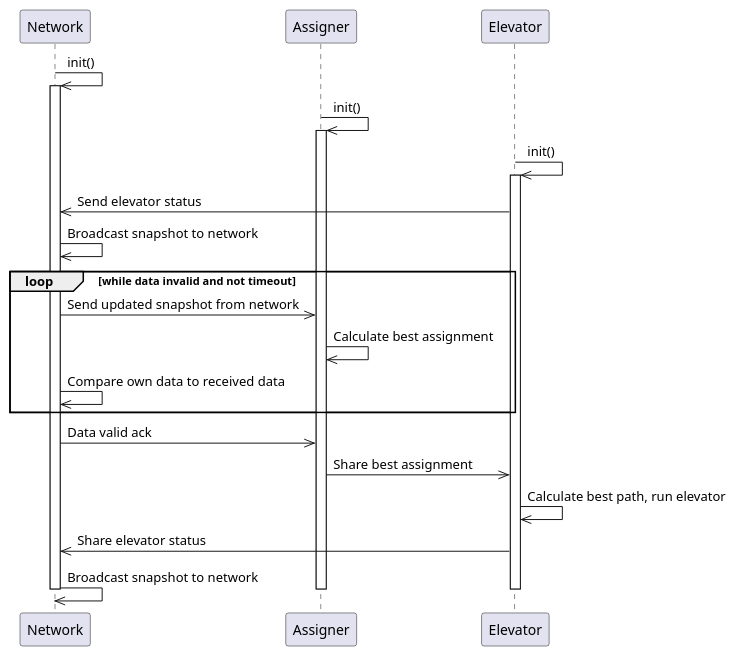
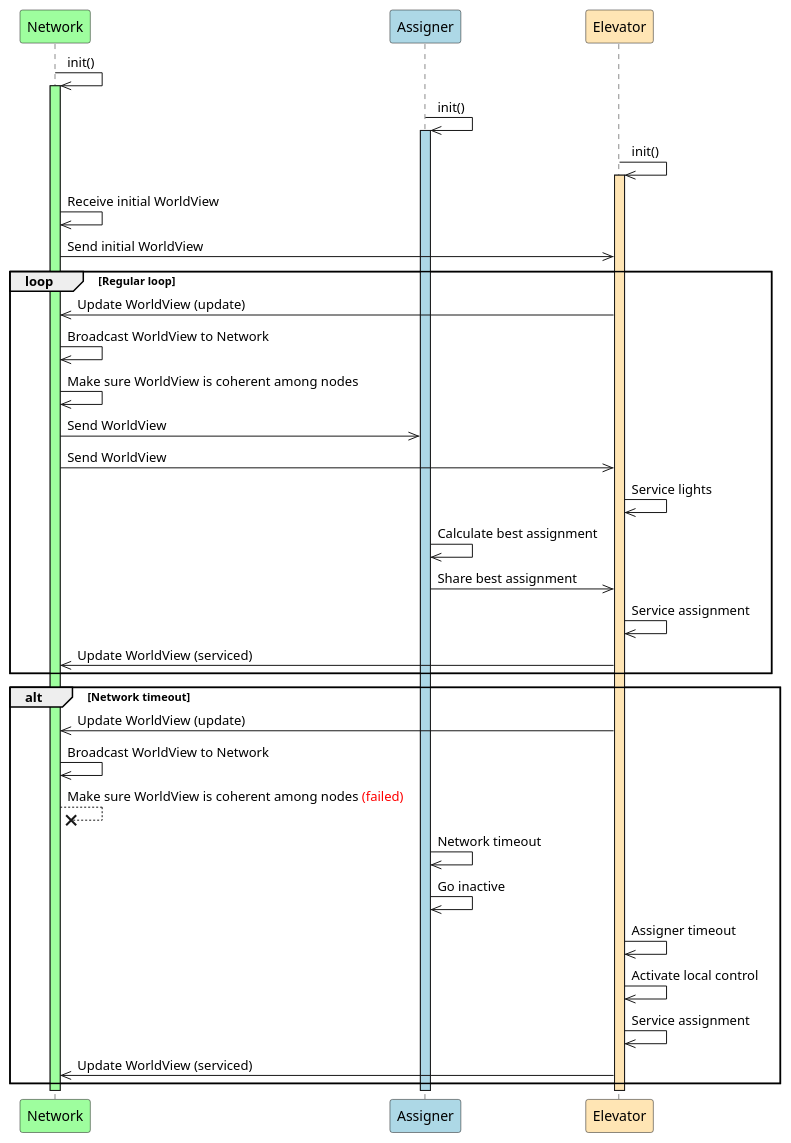
One commit to Lucas-Vo/heislab2 changed the diagram in UML/diagrams/thread_handle_request_sequence_diagram.puml. Above: the diagram before and after it, drawn with PlantUML. The commit also changed 11 other files, not shown here.

Commit message:
uml + rename

```diff
--- a/UML/diagrams/thread_handle_request_sequence_diagram.puml
+++ b/UML/diagrams/thread_handle_request_sequence_diagram.puml
@@ -1,31 +1,46 @@
 @startuml Thread Handle Request Sequence Diagram
-    participant Network
-    participant Assigner
-    participant Elevator
+    participant Network #9efe9eff
+    participant Assigner #LightBlue
+    participant Elevator #FFE5B4
 
     Network->>Network:init()
-    activate Network
+    activate Network #9efe9eff
     Assigner->>Assigner:init()
-    activate Assigner
-    Elevator->>Elevator:init()
-    
-    activate Elevator
+    activate Assigner #LightBlue
+    Elevator->>Elevator:init() 
+    activate Elevator #FFE5B4
+    Network->>Network: Receive initial WorldView
+    Network->>Elevator: Send initial WorldView
 
-    Elevator->>Network: Send elevator status
-    Network->>Network: Broadcast snapshot to network
+    loop Regular loop
+    Elevator->>Network: Update WorldView (update)
+    Network->>Network: Broadcast WorldView to Network
+    Network->>Network: Make sure WorldView is coherent among nodes
+    Network->>Assigner: Send WorldView
+    Network->>Elevator: Send WorldView
+    Elevator->>Elevator: Service lights
 
-    loop while data invalid and not timeout
-    Network->>Assigner: Send updated snapshot from network
     Assigner->>Assigner: Calculate best assignment
-    Network->>Network: Compare own data to received data
+    Assigner->>Elevator: Share best assignment
+    Elevator->>Elevator: Service assignment
+    Elevator->>Network: Update WorldView (serviced)
     end
-    Network->>Assigner: Data valid ack
-    Assigner->>Elevator: Share best assignment
-    Elevator->>Elevator: Calculate best path, run elevator
-    Elevator->>Network: Share elevator status
-    Network->>Network: Broadcast snapshot to network
+
+    alt Network timeout
+    Elevator->>Network: Update WorldView (update)
+    Network->>Network: Broadcast WorldView to Network 
+    Network--x Network: Make sure WorldView is coherent among nodes <color:red>(failed)</color>
+
+
+    Assigner->>Assigner: Network timeout
+    Assigner->>Assigner: Go inactive
+    Elevator->>Elevator: Assigner timeout
+    Elevator->>Elevator: Activate local control
+    Elevator->>Elevator: Service assignment
+    Elevator->>Network: Update WorldView (serviced)
+    end
 
     deactivate Network
     deactivate Assigner
     deactivate Elevator
 @enduml
```
